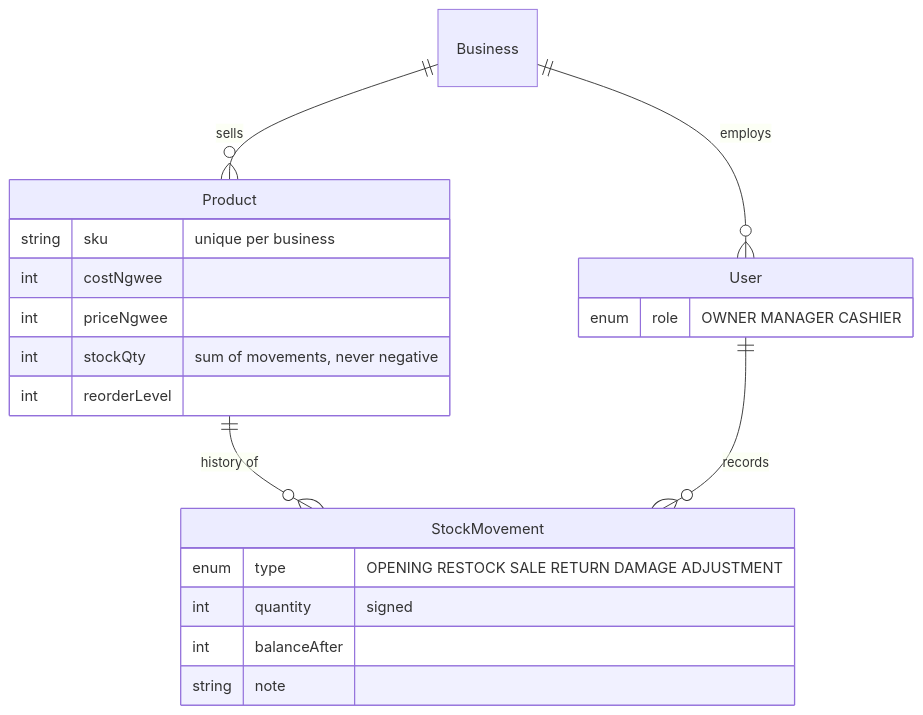
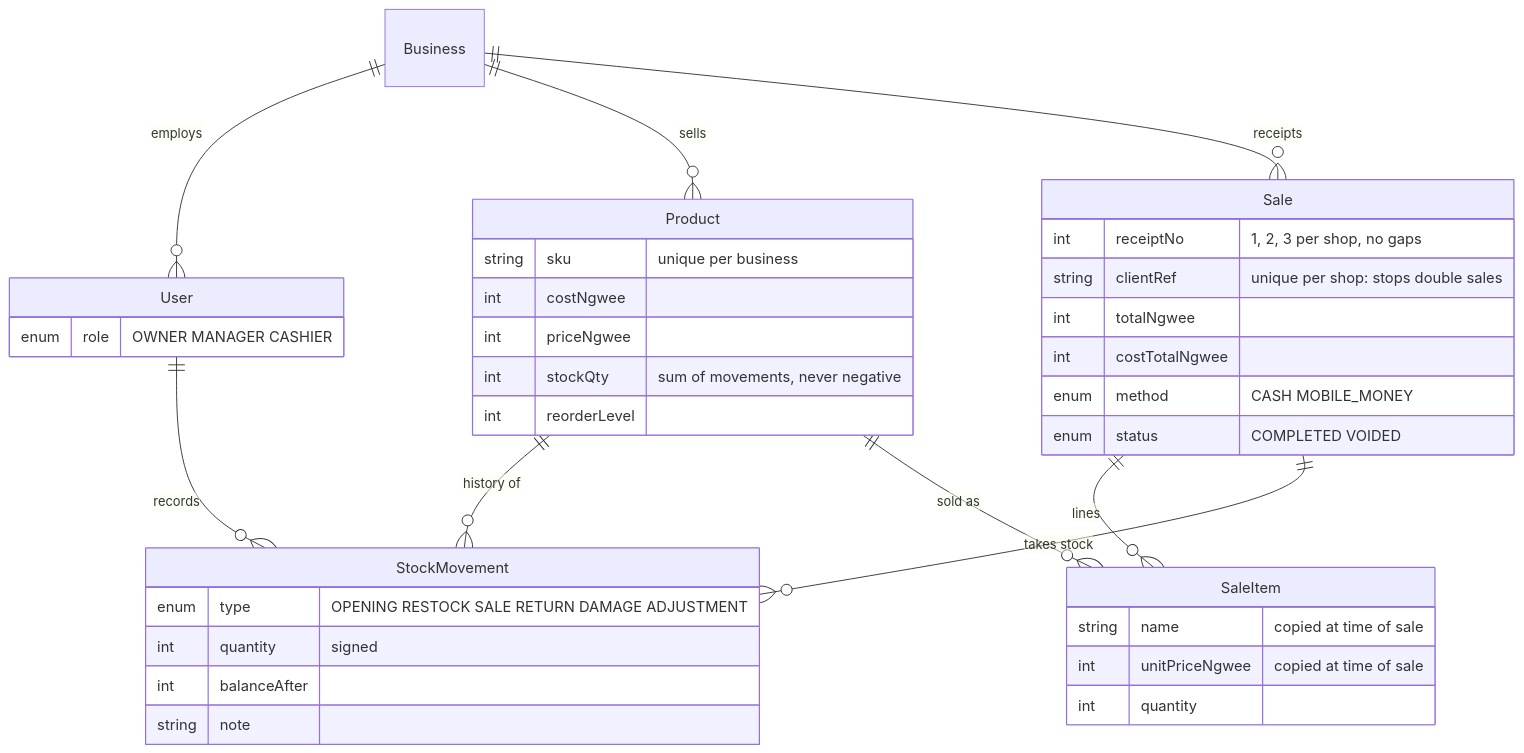
The second of 2 diagrams in README.md (kasondebbuku-spec/zambia-sme-management), drawn with Mermaid before and after one commit. The commit also changed other lines of this file and 16 other files, not shown here.

````diff
--- a/README.md
+++ b/README.md
@@ -73,24 +96,41 @@
 ```mermaid
 erDiagram
     Business ||--o{ User : employs
     Business ||--o{ Product : sells
     Product ||--o{ StockMovement : "history of"
     User ||--o{ StockMovement : records
+    Business ||--o{ Sale : "receipts"
+    Sale ||--o{ SaleItem : lines
+    Product ||--o{ SaleItem : "sold as"
+    Sale ||--o{ StockMovement : "takes stock"
 
     Product {
       string sku "unique per business"
       int costNgwee
       int priceNgwee
       int stockQty "sum of movements, never negative"
       int reorderLevel
     }
     StockMovement {
       enum type "OPENING RESTOCK SALE RETURN DAMAGE ADJUSTMENT"
       int quantity "signed"
       int balanceAfter
       string note
     }
     User {
       enum role "OWNER MANAGER CASHIER"
     }
+    Sale {
+      int receiptNo "1, 2, 3 per shop, no gaps"
+      string clientRef "unique per shop: stops double sales"
+      int totalNgwee
+      int costTotalNgwee
+      enum method "CASH MOBILE_MONEY"
+      enum status "COMPLETED VOIDED"
+    }
+    SaleItem {
+      string name "copied at time of sale"
+      int unitPriceNgwee "copied at time of sale"
+      int quantity
+    }
 ```
````
